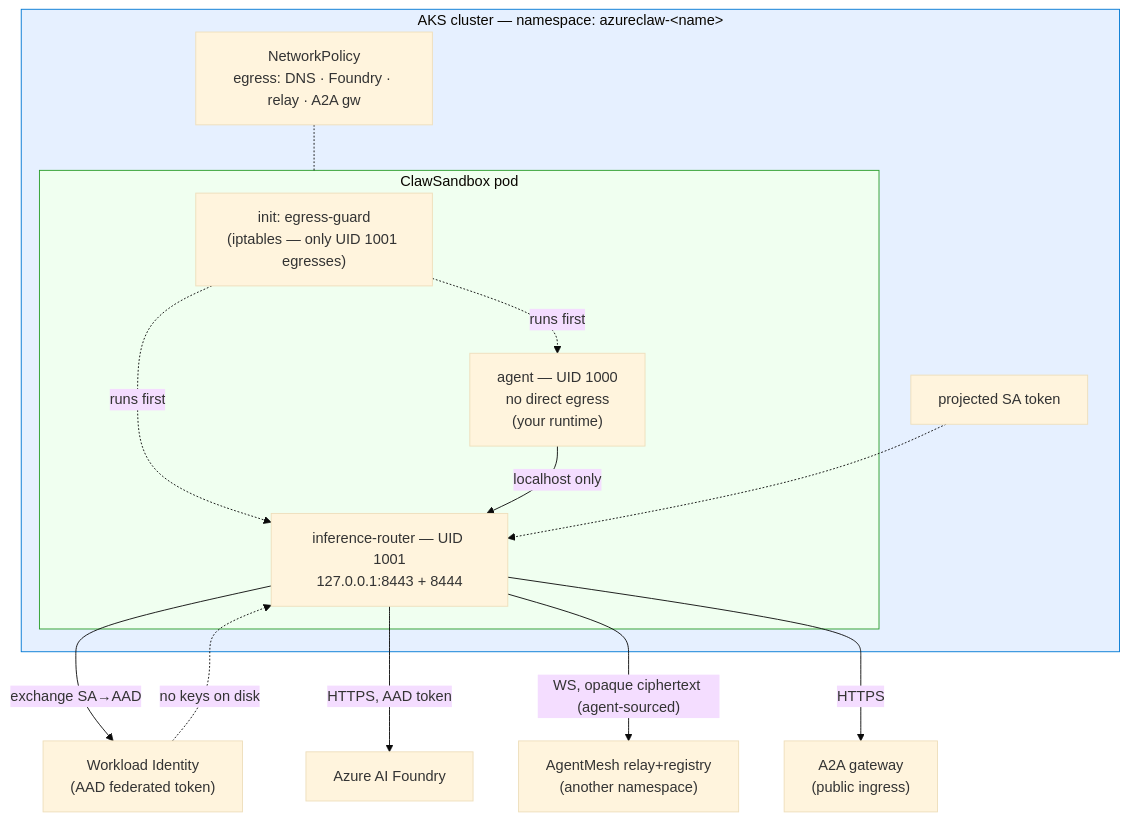
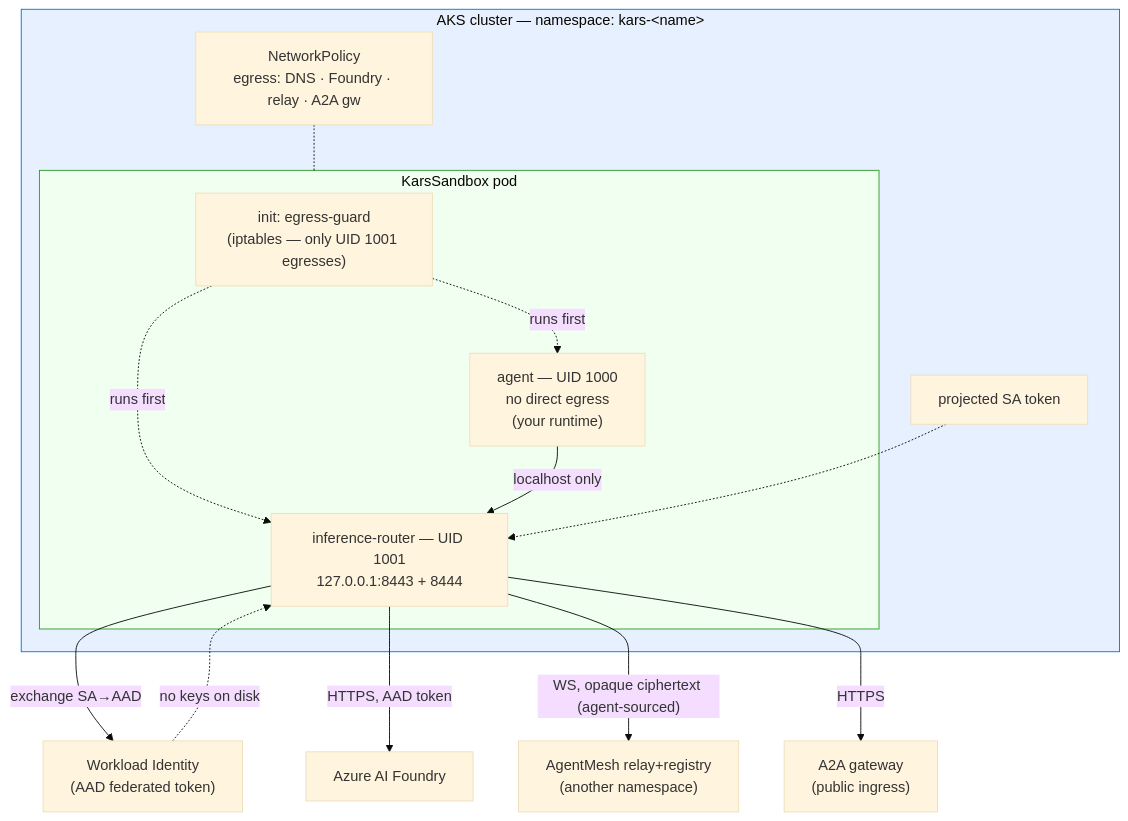
One commit to lachie83/kars changed the second of 9 diagrams in docs/architecture-diagrams.md. Above: the diagram before and after it, drawn with Mermaid (base theme). The commit also changed other lines of this file and 694 other files, not shown here.

````diff
--- a/docs/architecture-diagrams.md
+++ b/docs/architecture-diagrams.md
@@ -40,33 +40,33 @@
 ```mermaid
 flowchart TB
-  subgraph Cluster["AKS cluster — namespace: azureclaw-&lt;name&gt;"]
-    subgraph Pod["ClawSandbox pod"]
+  subgraph Cluster["AKS cluster — namespace: kars-&lt;name&gt;"]
+    subgraph Pod["KarsSandbox pod"]
       Init["init: egress-guard<br/>(iptables — only UID 1001 egresses)"]
       Agent["agent — UID 1000<br/>no direct egress<br/>(your runtime)"]
       Router["inference-router — UID 1001<br/>127.0.0.1:8443 + 8444"]
       Init -.->|runs first| Agent
       Init -.->|runs first| Router
       Agent -->|localhost only| Router
     end
     NP["NetworkPolicy<br/>egress: DNS · Foundry · relay · A2A gw"]
     NP -.- Pod
     SA["projected SA token"]
     SA -.-> Router
   end
 
   WI["Workload Identity<br/>(AAD federated token)"]
   Foundry["Azure AI Foundry"]
   Mesh["AgentMesh relay+registry<br/>(another namespace)"]
   A2A["A2A gateway<br/>(public ingress)"]
 
   Router -->|exchange SA→AAD| WI
   WI -.->|no keys on disk| Router
   Router -->|HTTPS, AAD token| Foundry
   Router -->|"WS, opaque ciphertext (agent-sourced)"| Mesh
   Router -->|HTTPS| A2A
 
   classDef cluster fill:#e6f0ff,stroke:#0078d4
   classDef pod fill:#f0fff0,stroke:#2a9d2a
   class Cluster cluster
   class Pod pod
 ```
````
